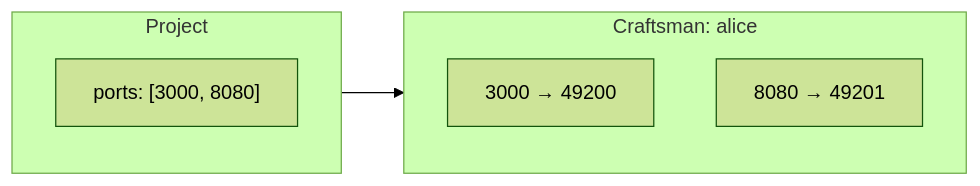
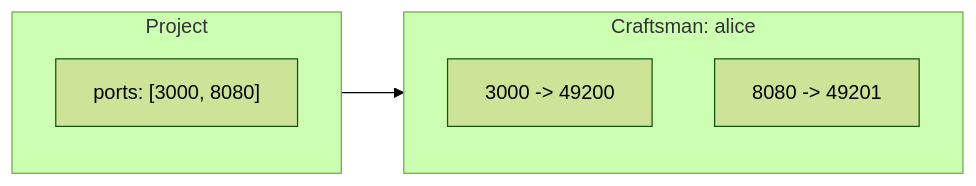
Before and after one commit to marcus-gc/workshop: the first of 4 diagrams in documentation/workflows/update_craftsman_port_forwarding.md, drawn with Mermaid (forest theme). The commit also changed other lines of this file and 10 other files, not shown here.

````diff
--- a/documentation/workflows/update_craftsman_port_forwarding.md
+++ b/documentation/workflows/update_craftsman_port_forwarding.md
@@ -11,14 +11,14 @@
 ```mermaid
 flowchart LR
   subgraph Project
     PP["ports: [3000, 8080]"]
   end
   subgraph Craftsman["Craftsman: alice"]
-    C3["3000 → 49200"]
-    C8["8080 → 49201"]
+    C3["3000 -> 49200"]
+    C8["8080 -> 49201"]
   end
   Project --> Craftsman
 
   click PP href "#" "server/src/db/schema.ts:5-14"
-  click C3 href "#" "server/src/services/docker.ts:71-101"
+  click C3 href "#" "server/src/services/docker.ts:85-140"
 ```
````
